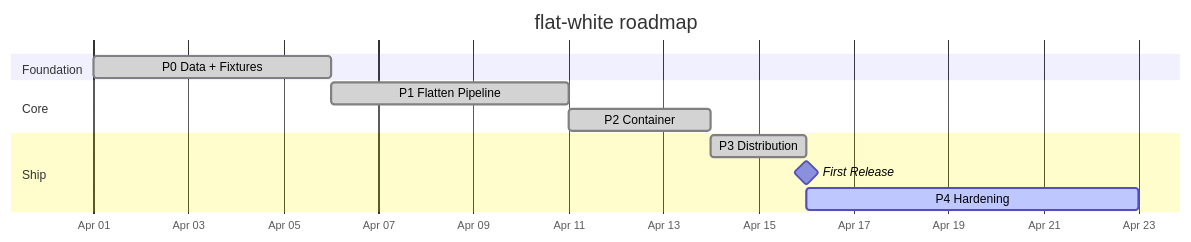
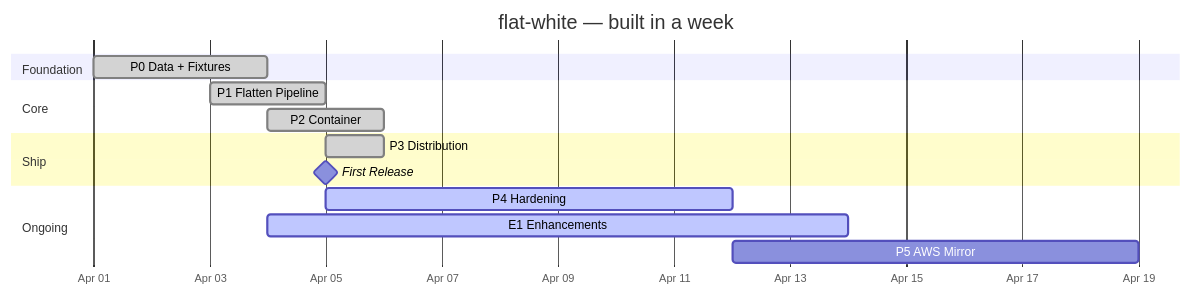
One commit to jbejenar/flat-white changed the third of 3 diagrams in README.md. Above: the diagram before and after it, drawn with Mermaid. The commit also changed other lines of this file, not shown here.

Commit message:
docs: fix Gantt chart with actual dates and all phases
- Use real dates (Apr 1-5) instead of estimated durations
- Add E1 Enhancements (active) and P5 AWS Mirror (deferred)
- Update ticket count to 56/66
- Title: "built in a week"

````diff
--- a/README.md
+++ b/README.md
@@ -299,18 +299,22 @@
 ```mermaid
 gantt
-    title flat-white roadmap
+    title flat-white — built in a week
     dateFormat YYYY-MM-DD
     axisFormat %b %d
 
     section Foundation
-    P0 Data + Fixtures        :done, p0, 2026-04-01, 5d
+    P0 Data + Fixtures        :done, p0, 2026-04-01, 3d
 
     section Core
-    P1 Flatten Pipeline       :done, p1, after p0, 5d
-    P2 Container              :done, p2, after p1, 3d
+    P1 Flatten Pipeline       :done, p1, 2026-04-03, 2d
+    P2 Container              :done, p2, 2026-04-04, 2d
 
     section Ship
-    P3 Distribution           :done, p3, after p2, 2d
-    First Release             :milestone, m1, after p3, 0d
-    P4 Hardening              :active, p4, after p3, 7d
+    P3 Distribution           :done, p3, 2026-04-05, 1d
+    First Release             :milestone, m1, 2026-04-05, 0d
+
+    section Ongoing
+    P4 Hardening              :active, p4, 2026-04-05, 7d
+    E1 Enhancements           :active, e1, 2026-04-04, 10d
+    P5 AWS Mirror             :p5, after p4, 7d
 ```
````
